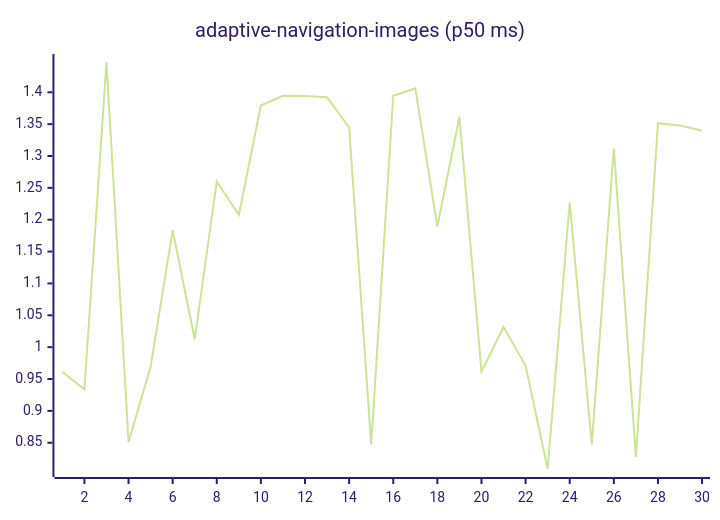
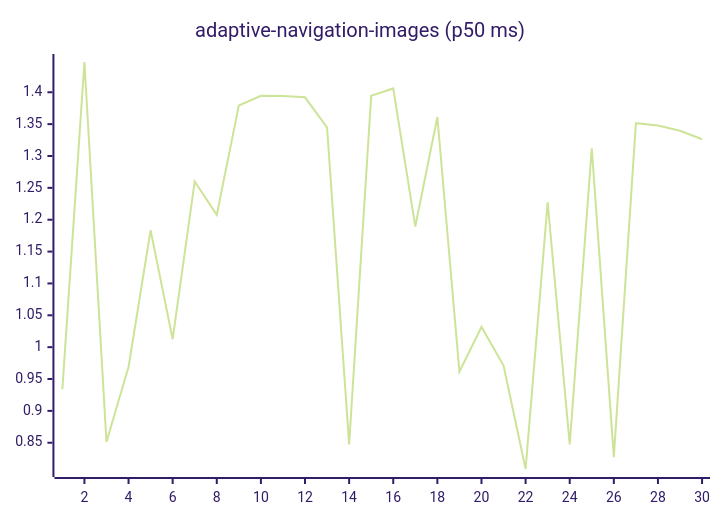
One commit to josha/Facet changed the first of 27 diagrams in README.md. Above: the diagram before and after it, drawn with Mermaid (forest theme). The commit also changed other lines of this file and 2 other files, not shown here.

````diff
--- a/README.md
+++ b/README.md
@@ -63,6 +63,6 @@
 ```mermaid
 xychart-beta
     title "adaptive-navigation-images (p50 ms)"
     x-axis 1 --> 30
-    line [0.9612, 0.9339, 1.4475, 0.8514, 0.9690, 1.1835, 1.0125, 1.2600, 1.2076, 1.3793, 1.3944, 1.3942, 1.3921, 1.3447, 0.8475, 1.3944, 1.4060, 1.1893, 1.3612, 0.9615, 1.0317, 0.9711, 0.8088, 1.2271, 0.8473, 1.3121, 0.8274, 1.3515, 1.3479, 1.3395]
+    line [0.9339, 1.4475, 0.8514, 0.9690, 1.1835, 1.0125, 1.2600, 1.2076, 1.3793, 1.3944, 1.3942, 1.3921, 1.3447, 0.8475, 1.3944, 1.4060, 1.1893, 1.3612, 0.9615, 1.0317, 0.9711, 0.8088, 1.2271, 0.8473, 1.3121, 0.8274, 1.3515, 1.3479, 1.3395, 1.3263]
 ```
````
